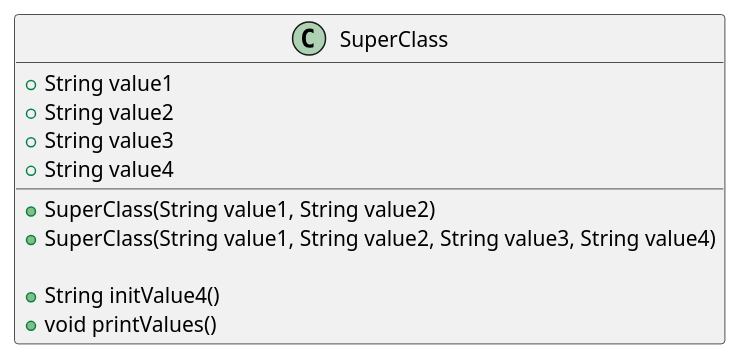
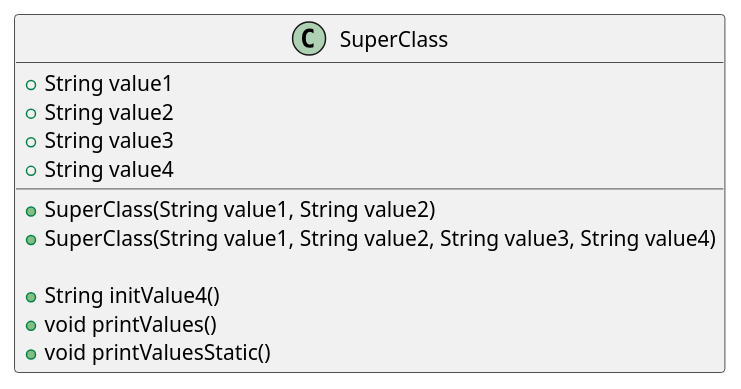
Before and after one commit to polovyivan/java-this-and-super-keywords: the diagram in src/main/java/com/polovyi/ivan/tutorials/SuperClass.puml, drawn with PlantUML. The commit also changed 3 other files, not shown here.

```diff
--- a/src/main/java/com/polovyi/ivan/tutorials/SuperClass.puml
+++ b/src/main/java/com/polovyi/ivan/tutorials/SuperClass.puml
@@ -1,18 +1,19 @@
 @startuml
 
 
 class SuperClass {
     +String value1
     +String value2
     +String value3
     +String value4
 
     +SuperClass(String value1, String value2)
     +SuperClass(String value1, String value2, String value3, String value4)
 
     +String initValue4()
     +void printValues()
+    +void printValuesStatic()
 
 }
 
 @enduml
```
